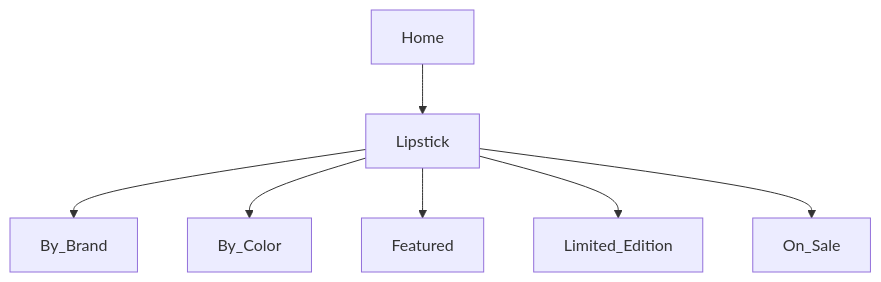
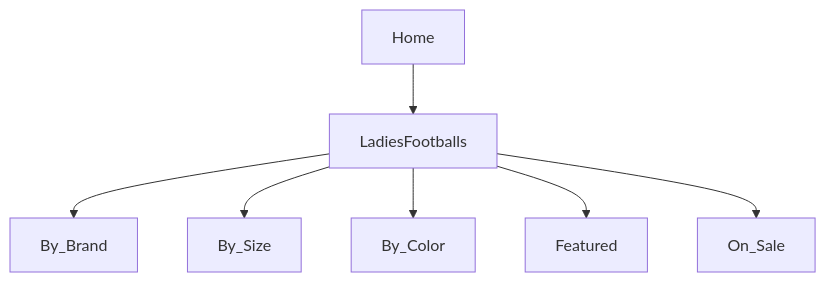
Before and after one commit to misterfitzy/false-eyelash-store: the first of 2 diagrams in specs/product-spec.md, drawn with Mermaid. The commit also changed other lines of this file, not shown here.

Commit message:
feat(catalog): add Ladies Footballs category to product spec and catalog structure

````diff
--- a/specs/product-spec.md
+++ b/specs/product-spec.md
@@ -29,9 +30,9 @@
 ```mermaid
 graph TD
-  Home --> Lipstick
-  Lipstick --> By_Brand
-  Lipstick --> By_Color
-  Lipstick --> Featured
-  Lipstick --> Limited_Edition
-  Lipstick --> On_Sale
+  Home --> LadiesFootballs
+  LadiesFootballs --> By_Brand
+  LadiesFootballs --> By_Size
+  LadiesFootballs --> By_Color
+  LadiesFootballs --> Featured
+  LadiesFootballs --> On_Sale
 ```
````
